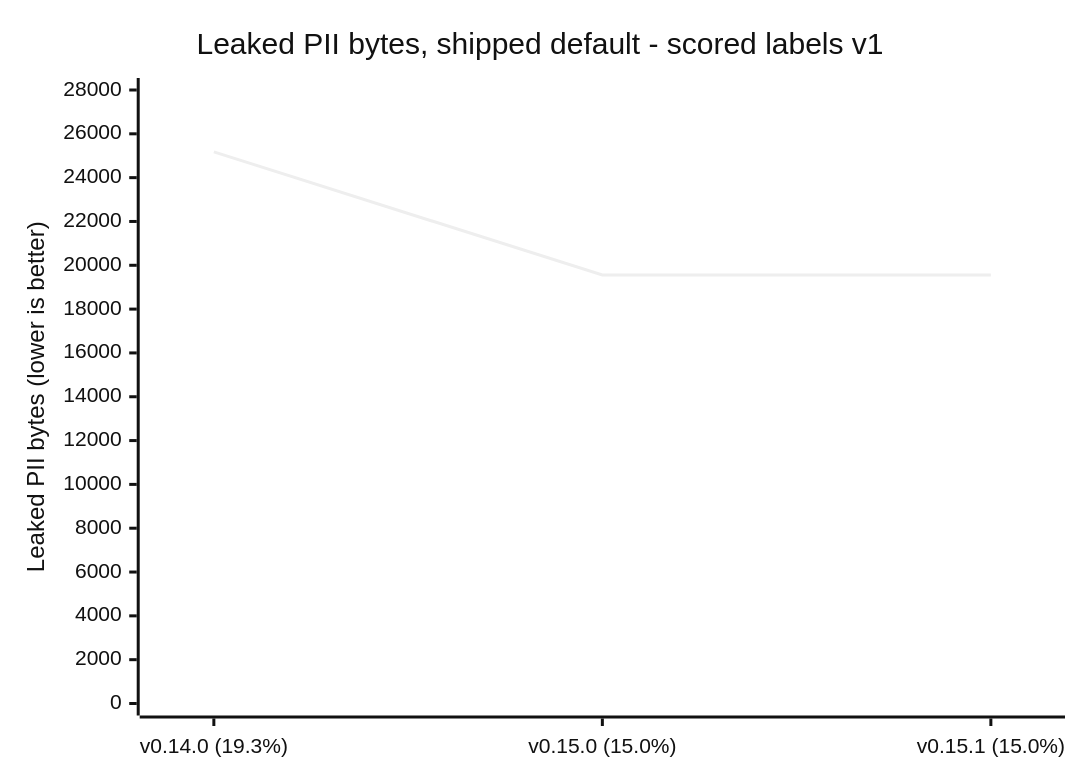
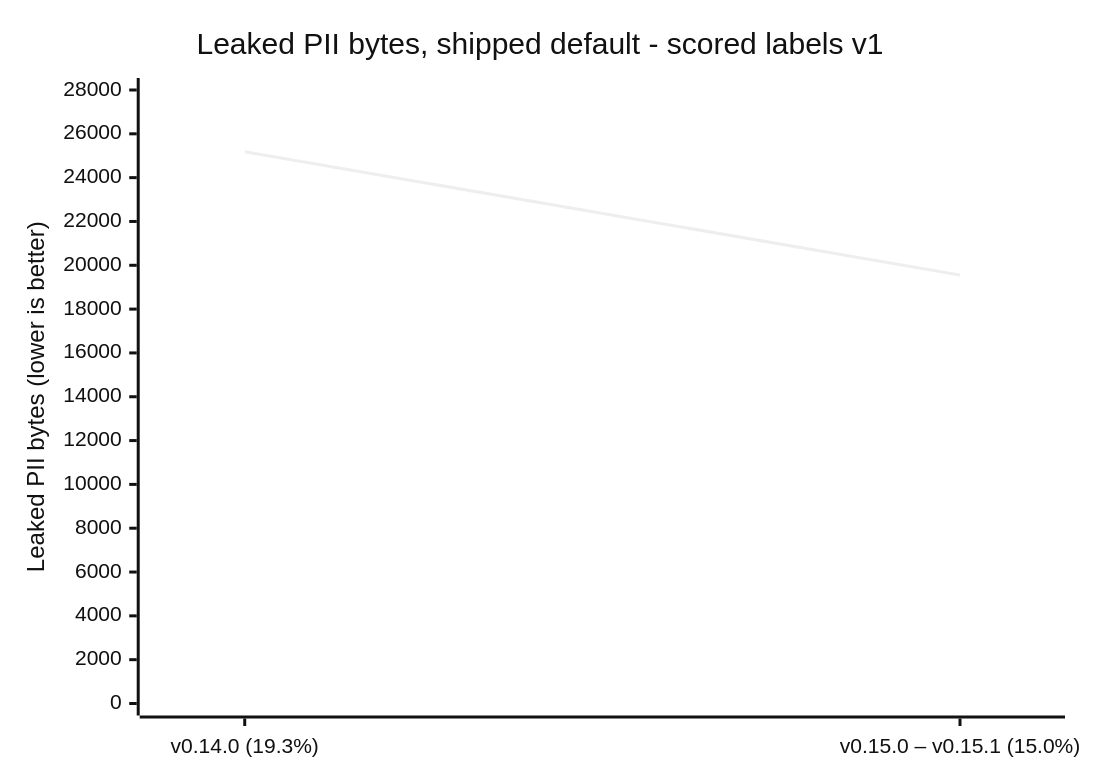
The second of 3 diagrams in docs/reference/benchmarks/README.md (CertaMesh/gaze), drawn with Mermaid (neutral theme) before and after one commit. The commit also changed other lines of this file and 4 other files, not shown here.

````diff
--- a/docs/reference/benchmarks/README.md
+++ b/docs/reference/benchmarks/README.md
@@ -348,7 +348,7 @@
 ```mermaid
 xychart-beta
     title "Leaked PII bytes, shipped default - scored labels v1"
-    x-axis ["v0.14.0 (19.3%)", "v0.15.0 (15.0%)", "v0.15.1 (15.0%)"]
+    x-axis ["v0.14.0 (19.3%)", "v0.15.0 – v0.15.1 (15.0%)"]
     y-axis "Leaked PII bytes (lower is better)" 0 --> 28000
-    line [25179, 19556, 19556]
+    line [25179, 19556]
 ```
````
